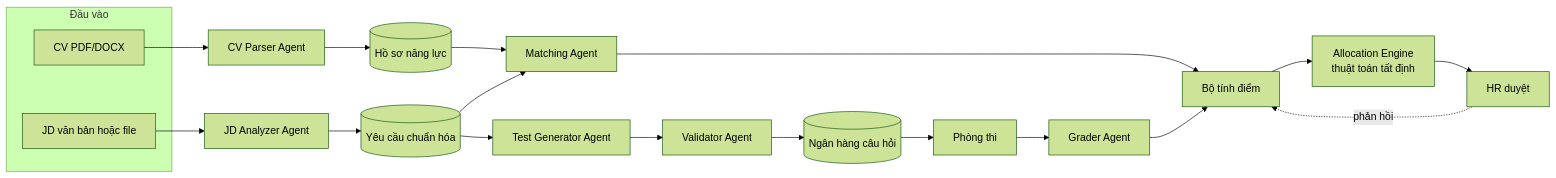
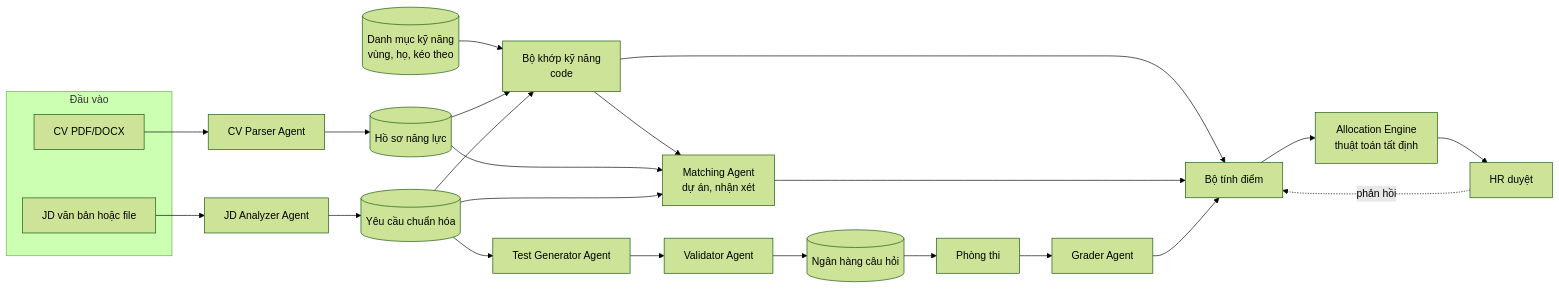
One commit to PDTnhah/Smart-Recruit-Match changed the third of 4 diagrams in docs/PRD.md. Above: the diagram before and after it, drawn with Mermaid (forest theme). The commit also changed other lines of this file and 14 other files, not shown here.

First line of the commit message:
docs: plan code-based skill matching (US-2.7, US-3.5, US-3.6)

````diff
--- a/docs/PRD.md
+++ b/docs/PRD.md
@@ -655,23 +714,28 @@
 ```mermaid
 flowchart LR
     subgraph IN[Đầu vào]
         CVF[CV PDF/DOCX]
         JDF[JD văn bản hoặc file]
     end
     CVF --> P[CV Parser Agent]
     JDF --> J[JD Analyzer Agent]
     P --> PROF[(Hồ sơ năng lực)]
     J --> REQ[(Yêu cầu chuẩn hóa)]
-    PROF --> M[Matching Agent]
+    TAX[(Danh mục kỹ năng<br/>vùng, họ, kéo theo)] --> SKM[Bộ khớp kỹ năng<br/>code]
+    PROF --> SKM
+    REQ --> SKM
+    SKM --> M[Matching Agent<br/>dự án, nhận xét]
+    PROF --> M
     REQ --> M
+    SKM --> SC
     REQ --> G[Test Generator Agent]
     G --> V[Validator Agent]
     V --> BANK[(Ngân hàng câu hỏi)]
     BANK --> EXAM[Phòng thi]
     EXAM --> GR[Grader Agent]
     M --> SC[Bộ tính điểm]
     GR --> SC
     SC --> AL[Allocation Engine<br/>thuật toán tất định]
     AL --> HRV[HR duyệt]
     HRV -. phản hồi .-> SC
 ```
````
